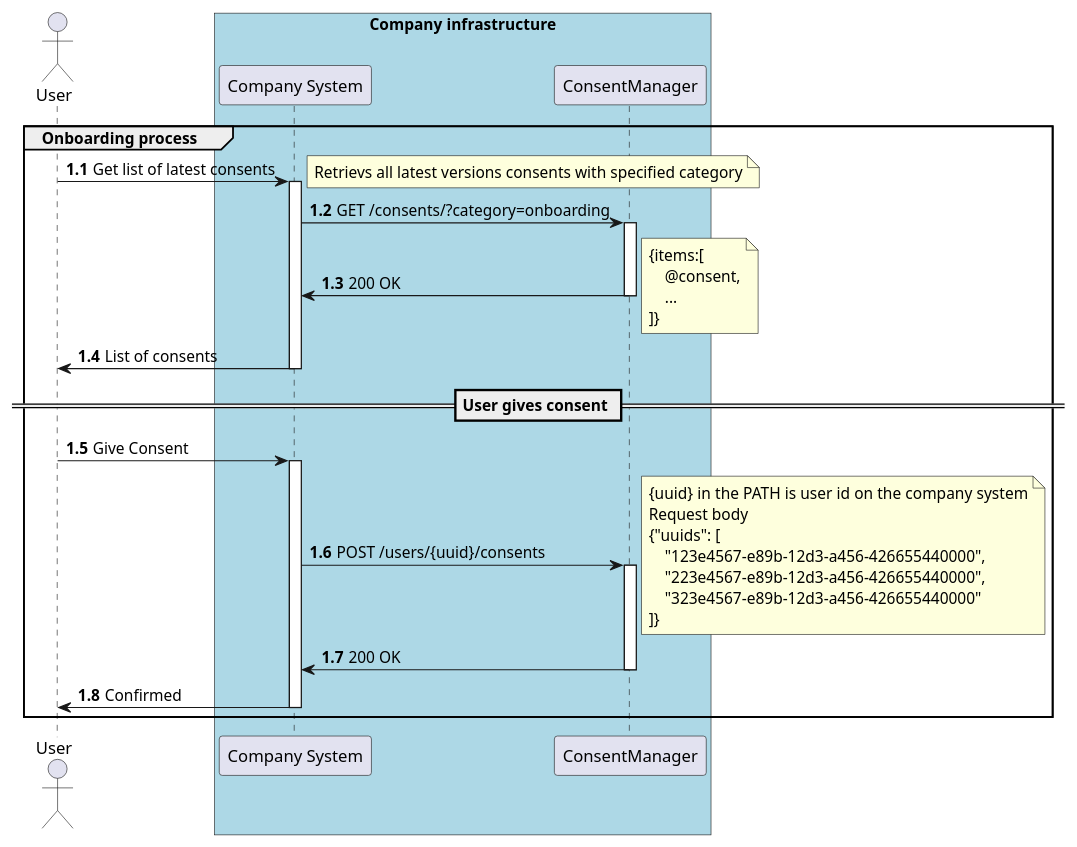
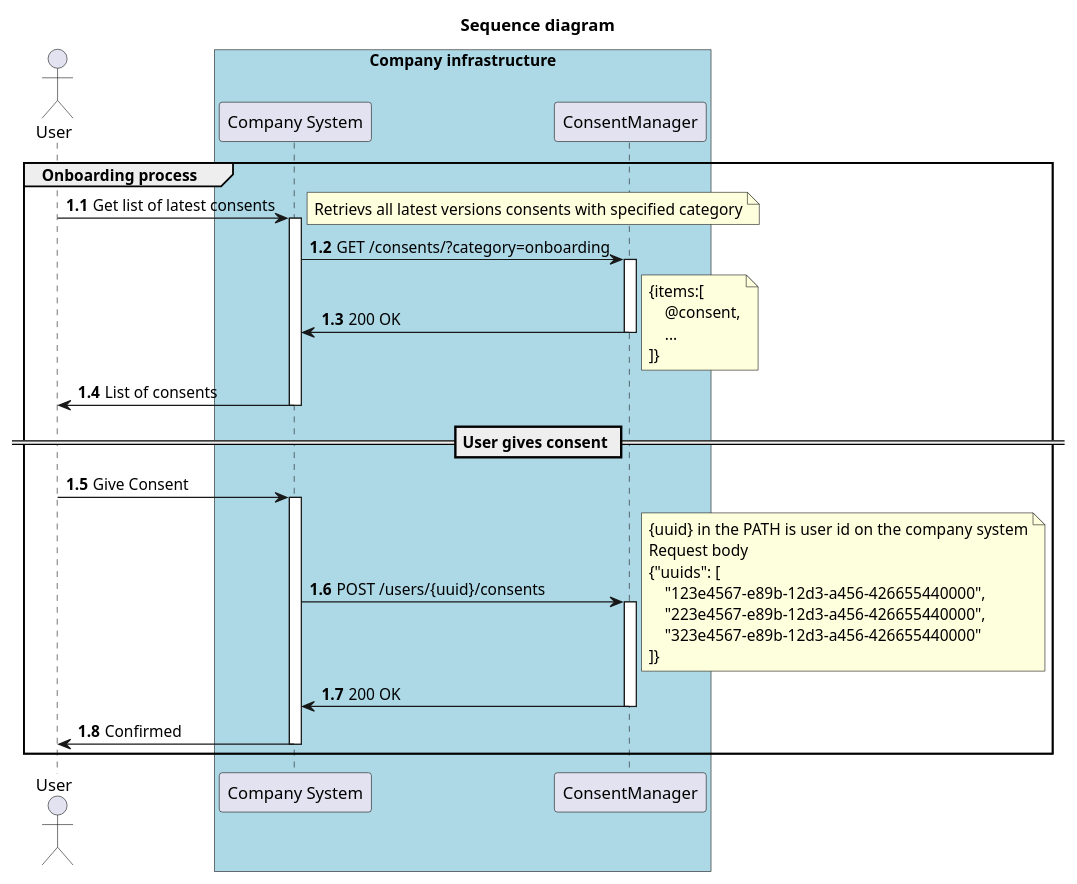
Before and after one commit to msfs11/ConsentManager: the diagram in docs/sequence-onboarding.puml, drawn with PlantUML. The commit also changed 4 other files, not shown here.

```diff
--- a/docs/sequence-onboarding.puml
+++ b/docs/sequence-onboarding.puml
@@ -1,42 +1,43 @@
 @startuml sequence
 
+title Sequence diagram
 actor User as user
 
 box "Company infrastructure" #LightBlue
     participant "Company System" as api
     participant "ConsentManager" as cm
 end box
 
 autonumber 1.1
 group Onboarding process
     user -> api++: Get list of latest consents
     note right
         Retrievs all latest versions consents with specified category
     end note
     api -> cm++: GET /consents/?category=onboarding
     cm -> api--: 200 OK
         note right
         {items:[
             @consent,
             ...
         ]}
         end note
     api -> user--: List of consents
     
     == User gives consent ==    
     user -> api++: Give Consent
     api -> cm++: POST /users/{uuid}/consents
     note right
         {uuid} in the PATH is user id on the company system
         Request body 
         {"uuids": [
             "123e4567-e89b-12d3-a456-426655440000",
             "223e4567-e89b-12d3-a456-426655440000",
             "323e4567-e89b-12d3-a456-426655440000"
         ]}
     end note
     cm -> api--: 200 OK
     api -> user--: Confirmed
 end
 
 @enduml
```
